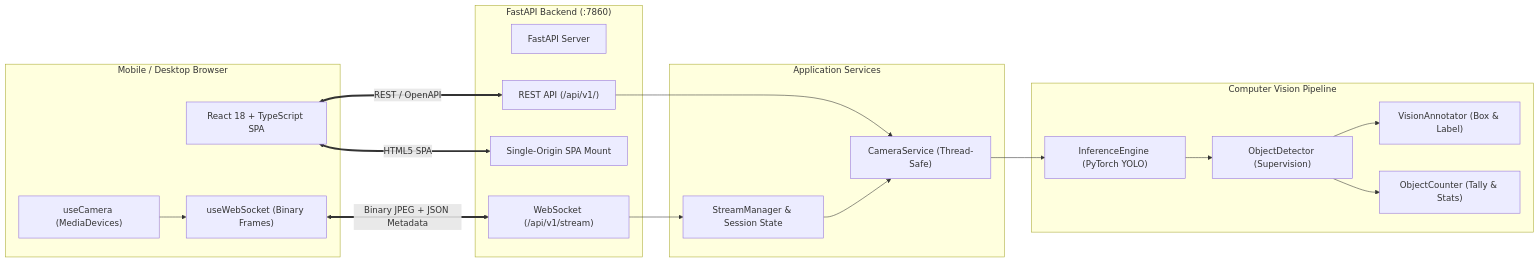
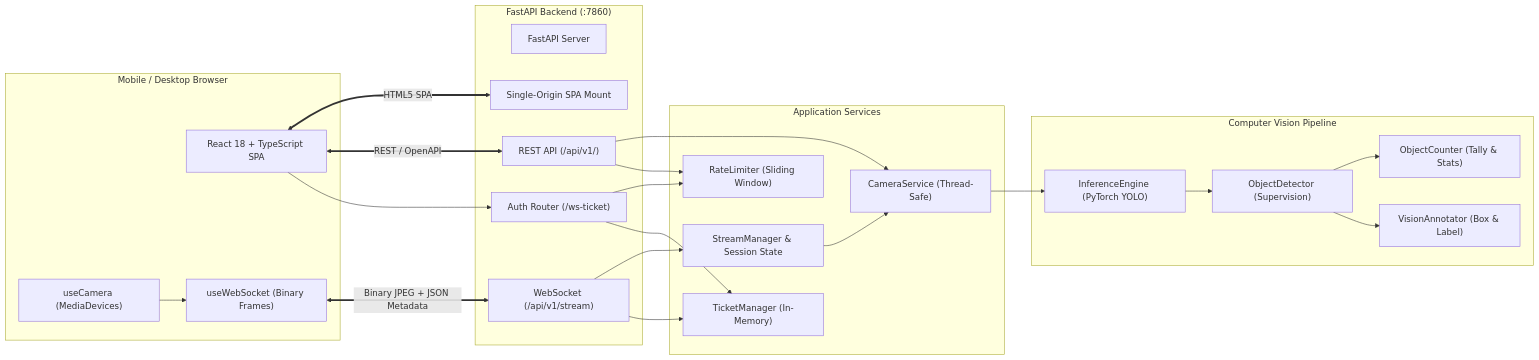
The diagram in README.md (tahadeab-ai/ai-smart-camera), drawn with Mermaid before and after one commit. The commit also changed other lines of this file and 13 other files, not shown here.

````diff
--- a/README.md
+++ b/README.md
@@ -28,41 +37,49 @@
 ```mermaid
 flowchart LR
     subgraph Browser["Mobile / Desktop Browser"]
         ReactApp["React 18 + TypeScript SPA"]
         CamHook["useCamera (MediaDevices)"]
         WSHook["useWebSocket (Binary Frames)"]
     end
 
     subgraph Backend["FastAPI Backend (:7860)"]
         FastAPIApp["FastAPI Server"]
+        AuthRouter["Auth Router (/ws-ticket)"]
         WSEndpoint["WebSocket (/api/v1/stream)"]
         RESTEndpoints["REST API (/api/v1/)"]
         StaticSPA["Single-Origin SPA Mount"]
     end
 
     subgraph Service["Application Services"]
+        TicketMgr["TicketManager (In-Memory)"]
+        RateLimiter["RateLimiter (Sliding Window)"]
         StreamMgr["StreamManager & Session State"]
         CameraSvc["CameraService (Thread-Safe)"]
     end
 
     subgraph Vision["Computer Vision Pipeline"]
         Inference["InferenceEngine (PyTorch YOLO)"]
         Detector["ObjectDetector (Supervision)"]
         Annotator["VisionAnnotator (Box & Label)"]
         Counter["ObjectCounter (Tally & Stats)"]
     end
 
     CamHook --> WSHook
+    ReactApp --> AuthRouter
+    AuthRouter --> TicketMgr
+    AuthRouter --> RateLimiter
     WSHook <== "Binary JPEG + JSON Metadata" ==> WSEndpoint
+    WSEndpoint --> TicketMgr
     ReactApp <== "REST / OpenAPI" ==> RESTEndpoints
     ReactApp <== "HTML5 SPA" ==> StaticSPA
 
     WSEndpoint --> StreamMgr
+    RESTEndpoints --> RateLimiter
     RESTEndpoints --> CameraSvc
     StreamMgr --> CameraSvc
 
     CameraSvc --> Inference
     Inference --> Detector
     Detector --> Annotator
     Detector --> Counter
 ```
````
